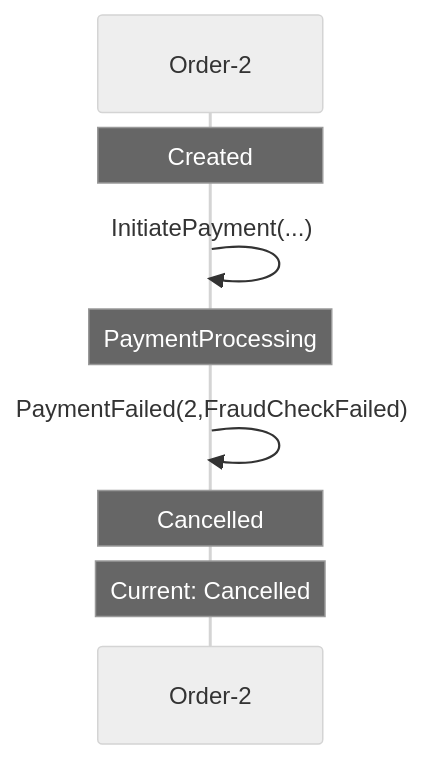
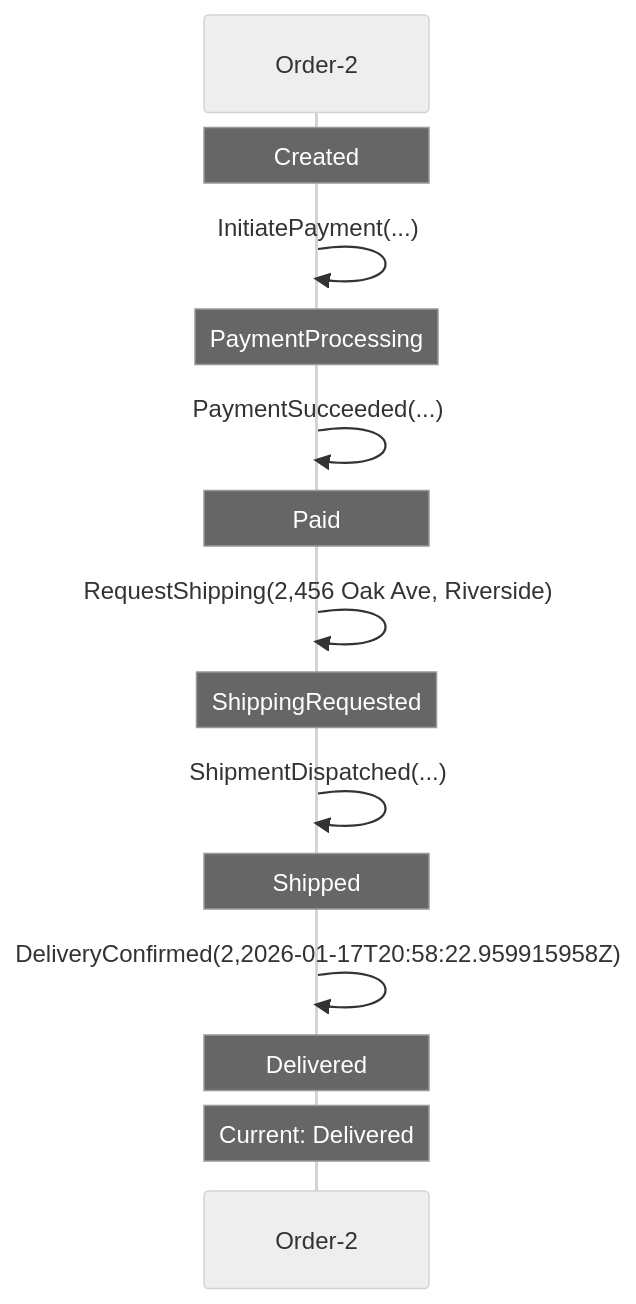
One commit to Iterable/mechanoid changed the first of 2 diagrams in docs/visualizations/order-2-trace.md. Above: the diagram before and after it, drawn with Mermaid (neutral theme). The commit also changed other lines of this file and 10 other files, not shown here.

````diff
--- a/docs/visualizations/order-2-trace.md
+++ b/docs/visualizations/order-2-trace.md
@@ -32,10 +7,17 @@
 ```mermaid
 sequenceDiagram
     participant FSM as Order-2
     Note over FSM: Created
     FSM->>FSM: InitiatePayment(...)
     Note over FSM: PaymentProcessing
-    FSM->>FSM: PaymentFailed(2,FraudCheckFailed)
-    Note over FSM: Cancelled
-    Note over FSM: Current: Cancelled
+    FSM->>FSM: PaymentSucceeded(...)
+    Note over FSM: Paid
+    FSM->>FSM: RequestShipping(2,456 Oak Ave, Riverside)
+    Note over FSM: ShippingRequested
+    FSM->>FSM: ShipmentDispatched(...)
+    Note over FSM: Shipped
+    FSM->>FSM: DeliveryConfirmed(2,2026-01-17T20:58:22.959915958Z)
+    Note over FSM: Delivered
+    Note over FSM: Current: Delivered
+
 ```
````
